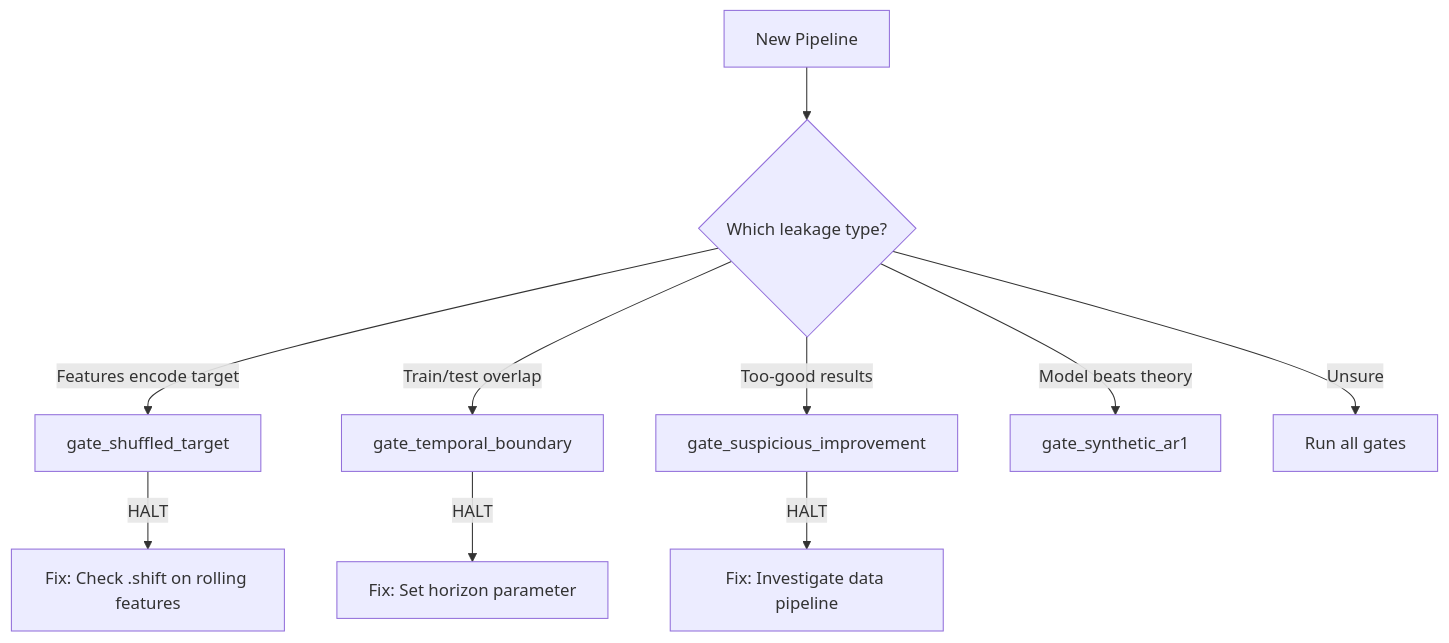
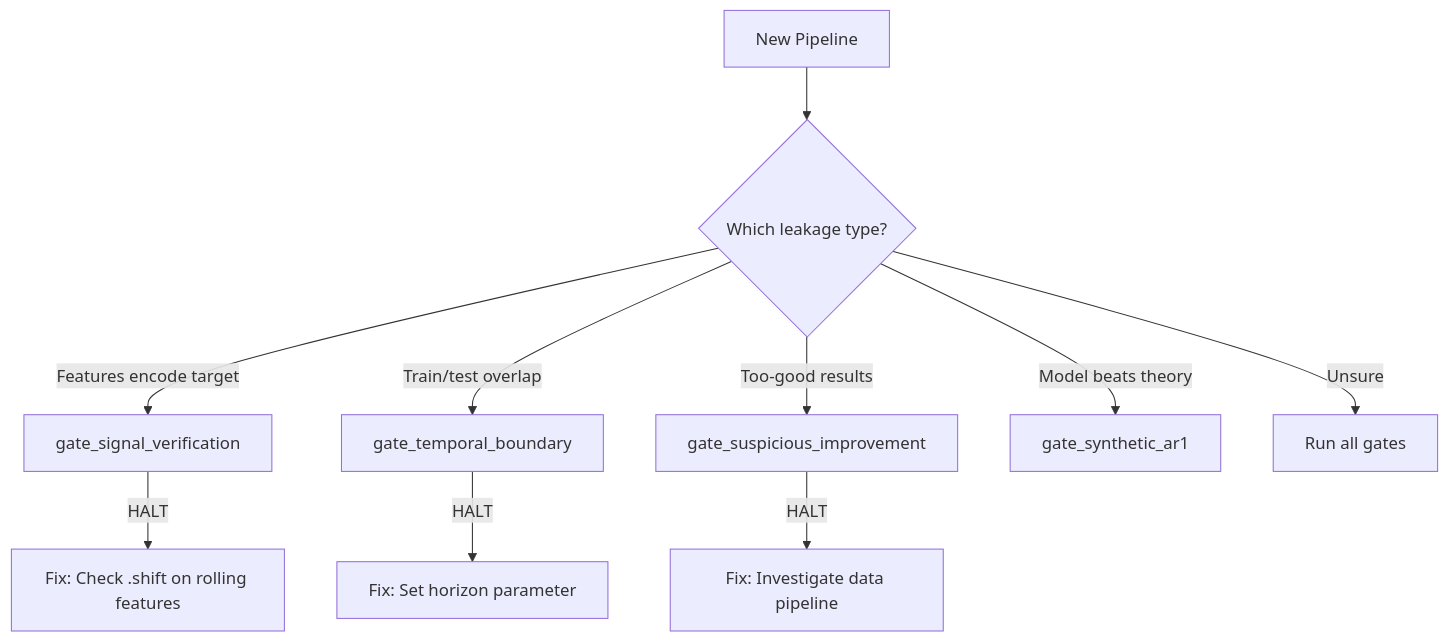
One commit to brandonmbehring-dev/temporalcv changed the diagram in docs/api/gates.md. Above: the diagram before and after it, drawn with Mermaid. The commit also changed other lines of this file and 85 other files, not shown here.

````diff
--- a/docs/api/gates.md
+++ b/docs/api/gates.md
@@ -9,14 +9,14 @@
 ```mermaid
 graph TD
     A[New Pipeline] --> B{Which leakage type?}
 
-    B -->|Features encode target| C[gate_shuffled_target]
+    B -->|Features encode target| C[gate_signal_verification]
     B -->|Train/test overlap| D[gate_temporal_boundary]
     B -->|Too-good results| E[gate_suspicious_improvement]
     B -->|Model beats theory| F[gate_synthetic_ar1]
     B -->|Unsure| G[Run all gates]
 
     C -->|HALT| H[Fix: Check .shift on rolling features]
     D -->|HALT| I[Fix: Set horizon parameter]
     E -->|HALT| J[Fix: Investigate data pipeline]
 ```
````
